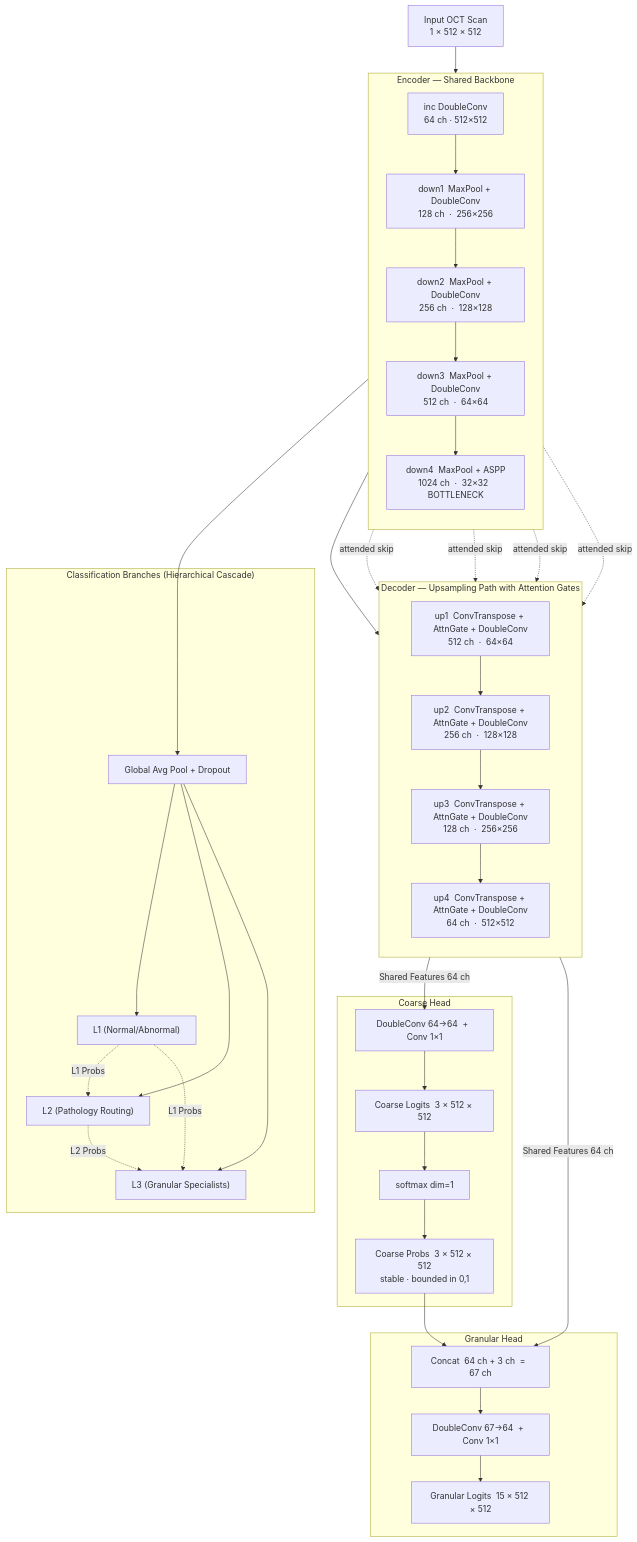
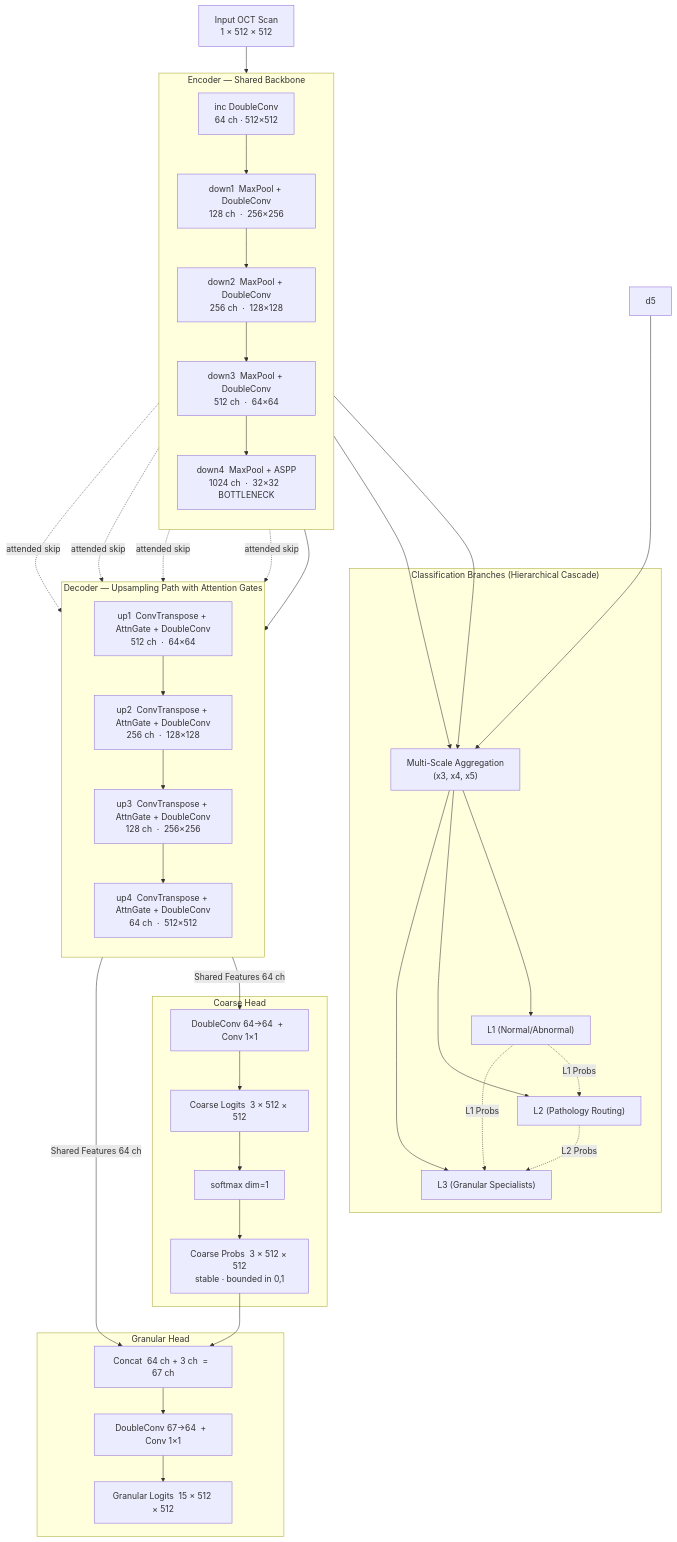
Before and after one commit to Nikhil-Mundhra/OCT-Analyser-Capstone: the third of 5 diagrams in frontend/public/docs_content/models/segmentation/architecture.md, drawn with Mermaid. The commit also changed other lines of this file and 86 other files, not shown here.

````diff
--- a/frontend/public/docs_content/models/segmentation/architecture.md
+++ b/frontend/public/docs_content/models/segmentation/architecture.md
@@ -131,66 +135,68 @@
 ```mermaid
 flowchart TD
     Input["Input OCT Scan\n1 × 512 × 512"]
 
     subgraph ENC ["Encoder  —  Shared Backbone"]
         direction TB
         inc["inc  DoubleConv\n64 ch  ·  512×512"]
         d1["down1  MaxPool + DoubleConv\n128 ch  ·  256×256"]
         d2["down2  MaxPool + DoubleConv\n256 ch  ·  128×128"]
         d3["down3  MaxPool + DoubleConv\n512 ch  ·  64×64"]
         d4["down4  MaxPool + ASPP\n1024 ch  ·  32×32  BOTTLENECK"]
         inc --> d1 --> d2 --> d3 --> d4
     end
 
     subgraph CLS ["Classification Branches (Hierarchical Cascade)"]
-        pool["Global Avg Pool + Dropout"]
+        pool["Multi-Scale Aggregation\n(x3, x4, x5)"]
         L1["L1 (Normal/Abnormal)"]
         L2["L2 (Pathology Routing)"]
         L3["L3 (Granular Specialists)"]
         
         pool --> L1
         pool --> L2
         L1 -.->|L1 Probs| L2
         pool --> L3
         L1 -.->|L1 Probs| L3
         L2 -.->|L2 Probs| L3
     end
 
     subgraph DEC ["Decoder  —  Upsampling Path with Attention Gates"]
         direction TB
         u1["up1  ConvTranspose + AttnGate + DoubleConv\n512 ch  ·  64×64"]
         u2["up2  ConvTranspose + AttnGate + DoubleConv\n256 ch  ·  128×128"]
         u3["up3  ConvTranspose + AttnGate + DoubleConv\n128 ch  ·  256×256"]
         u4["up4  ConvTranspose + AttnGate + DoubleConv\n64 ch  ·  512×512"]
         u1 --> u2 --> u3 --> u4
     end
 
     subgraph CH ["Coarse Head"]
         cconv["DoubleConv 64→64  +  Conv 1×1"]
         clogits["Coarse Logits  3 × 512 × 512"]
         smx["softmax dim=1"]
         cprobs["Coarse Probs  3 × 512 × 512\nstable · bounded in 0,1"]
         cconv --> clogits --> smx --> cprobs
     end
 
     subgraph GH ["Granular Head"]
         cat["Concat  64 ch + 3 ch  =  67 ch"]
         gconv["DoubleConv 67→64  +  Conv 1×1"]
         glogits["Granular Logits  15 × 512 × 512"]
         cat --> gconv --> glogits
     end
 
     Input --> inc
     
+    d3 --> pool
     d4 --> pool
+    d5 --> pool
     
     d4 --> u1
     d3 -.->|"attended skip"| u1
     d2 -.->|"attended skip"| u2
     d1 -.->|"attended skip"| u3
     inc -.->|"attended skip"| u4
     
     u4 -->|"Shared Features  64 ch"| cconv
     u4 -->|"Shared Features  64 ch"| cat
     cprobs --> cat
 ```
````
